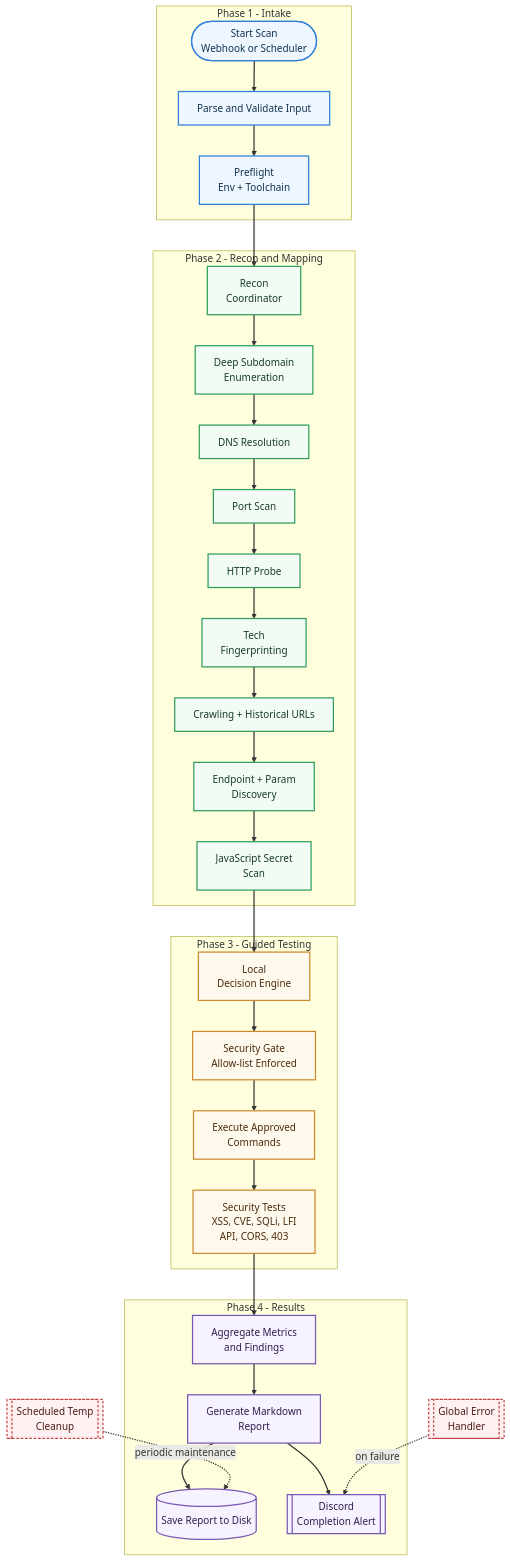
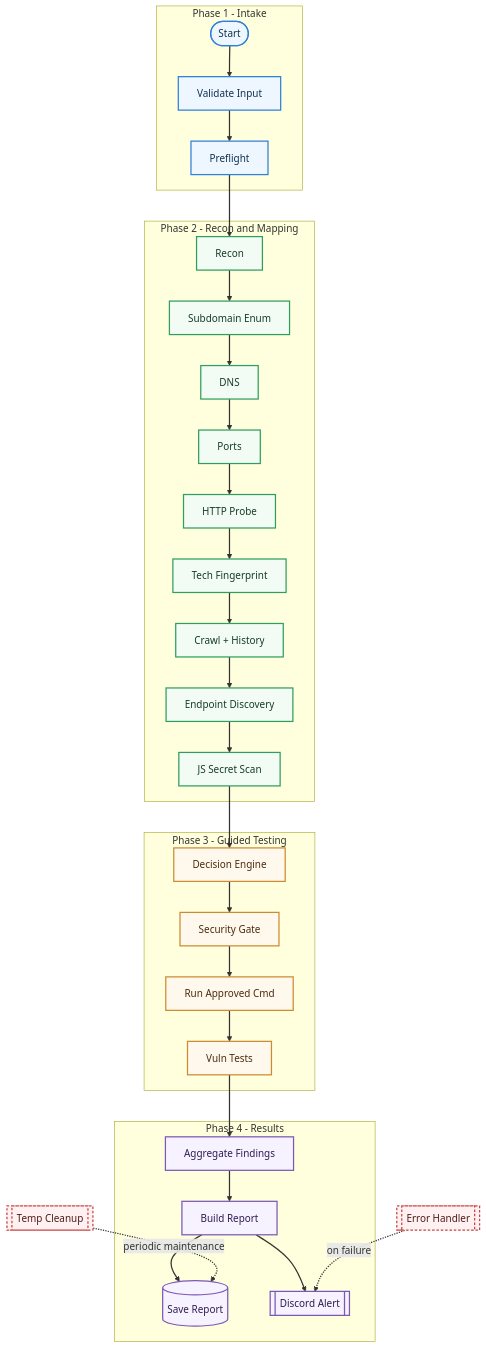
Before and after one commit to Shenal01/Hacksm-AutoRecon: the diagram in README.md, drawn with Mermaid. The commit also changed other lines of this file, not shown here.

````diff
--- a/README.md
+++ b/README.md
@@ -28,60 +39,60 @@
 ```mermaid
 flowchart TB
         %% Main happy-path
         subgraph P1[Phase 1 - Intake]
-            Start([Start Scan\nWebhook or Scheduler])
-            Input[Parse and Validate Input]
-            Env[Preflight\nEnv + Toolchain]
+            Start([Start])
+            Input[Validate Input]
+            Env[Preflight]
         end
 
         subgraph P2[Phase 2 - Recon and Mapping]
-            Recon[Recon\nCoordinator]
-            Subenum[Deep Subdomain\nEnumeration]
-            DNS[DNS Resolution]
-            Ports[Port Scan]
+            Recon[Recon]
+            Subenum[Subdomain Enum]
+            DNS[DNS]
+            Ports[Ports]
             HTTP[HTTP Probe]
-            Tech[Tech\nFingerprinting]
-            Crawl[Crawling + Historical URLs]
-            Endpoints[Endpoint + Param\nDiscovery]
-            JS[JavaScript Secret\nScan]
+            Tech[Tech Fingerprint]
+            Crawl[Crawl + History]
+            Endpoints[Endpoint Discovery]
+            JS[JS Secret Scan]
         end
 
         subgraph P3[Phase 3 - Guided Testing]
-            AI[Local\nDecision Engine]
-            Allow[Security Gate\nAllow-list Enforced]
-            Exec[Execute Approved\nCommands]
-            Tests[Security Tests\nXSS, CVE, SQLi, LFI\nAPI, CORS, 403]
+            AI[Decision Engine]
+            Allow[Security Gate]
+            Exec[Run Approved Cmd]
+            Tests[Vuln Tests]
         end
 
         subgraph P4[Phase 4 - Results]
-            Metrics[Aggregate Metrics\nand Findings]
-            Report[Generate Markdown\nReport]
-            Save[(Save Report to Disk)]
-            Notify[[Discord\nCompletion Alert]]
+            Metrics[Aggregate Findings]
+            Report[Build Report]
+            Save[(Save Report)]
+            Notify[[Discord Alert]]
         end
 
         Start --> Input --> Env --> Recon --> Subenum --> DNS --> Ports --> HTTP --> Tech --> Crawl --> Endpoints --> JS --> AI --> Allow --> Exec --> Tests --> Metrics --> Report
         Report --> Save
         Report --> Notify
 
         %% Side services
-        Error[[Global Error\nHandler]]
-        Cleanup[[Scheduled Temp\nCleanup]]
+        Error[[Error Handler]]
+        Cleanup[[Temp Cleanup]]
         Error -. on failure .-> Notify
         Cleanup -. periodic maintenance .-> Save
 
         %% Visual styles
         classDef intake fill:#eef7ff,stroke:#2f7fd8,stroke-width:2px,color:#12324f;
         classDef recon fill:#f3fbf5,stroke:#2f9e5f,stroke-width:2px,color:#163d28;
         classDef testing fill:#fff8ec,stroke:#cc8b2f,stroke-width:2px,color:#4a2d10;
         classDef results fill:#f7f2ff,stroke:#7a58b5,stroke-width:2px,color:#2e1e4f;
         classDef support fill:#fff1f1,stroke:#c74444,stroke-width:2px,color:#4f1c1c,stroke-dasharray: 4 3;
 
         linkStyle default stroke-width:2px;
 
         class Start,Input,Env intake;
         class Recon,Subenum,DNS,Ports,HTTP,Tech,Crawl,Endpoints,JS recon;
         class AI,Allow,Exec,Tests testing;
         class Metrics,Report,Save,Notify results;
         class Error,Cleanup support;
 ```
````
